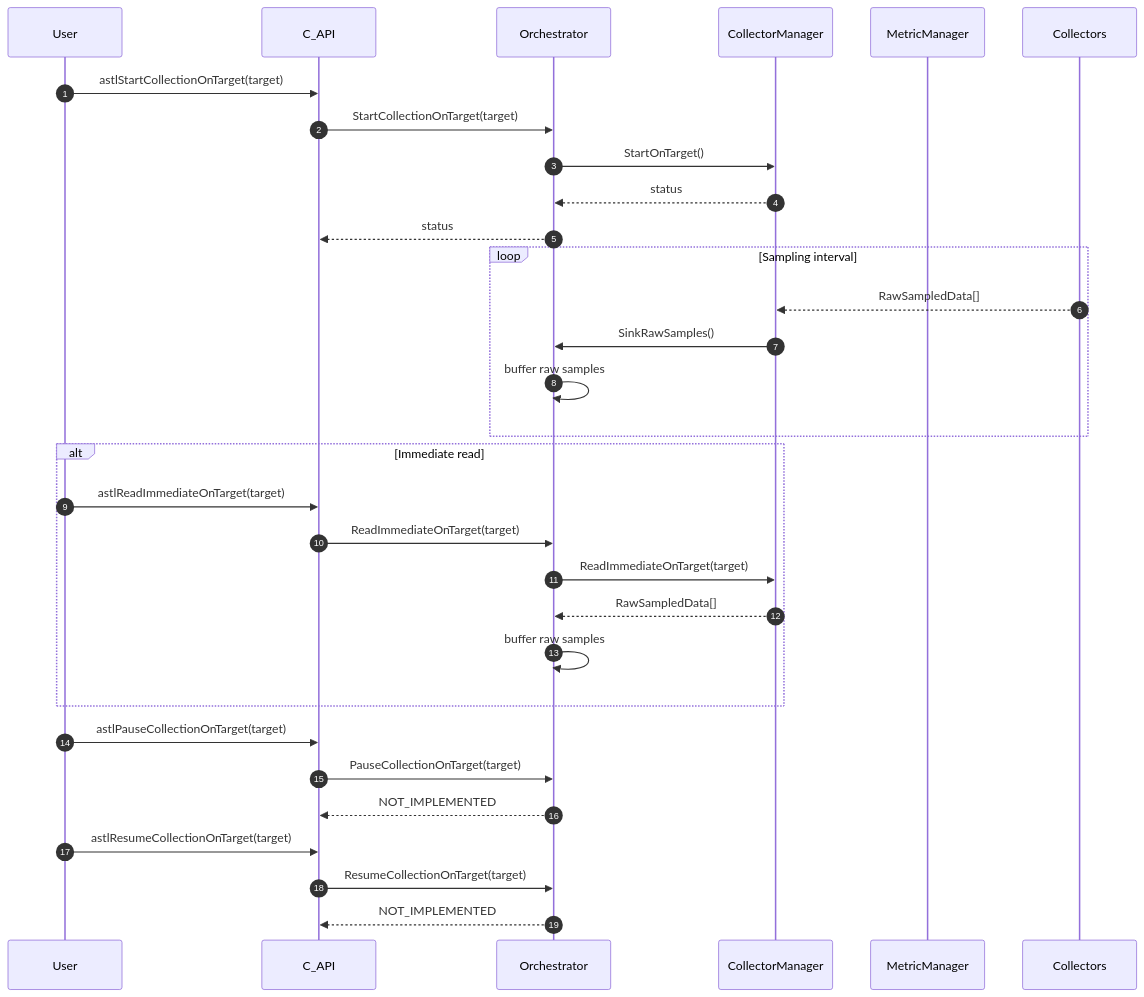
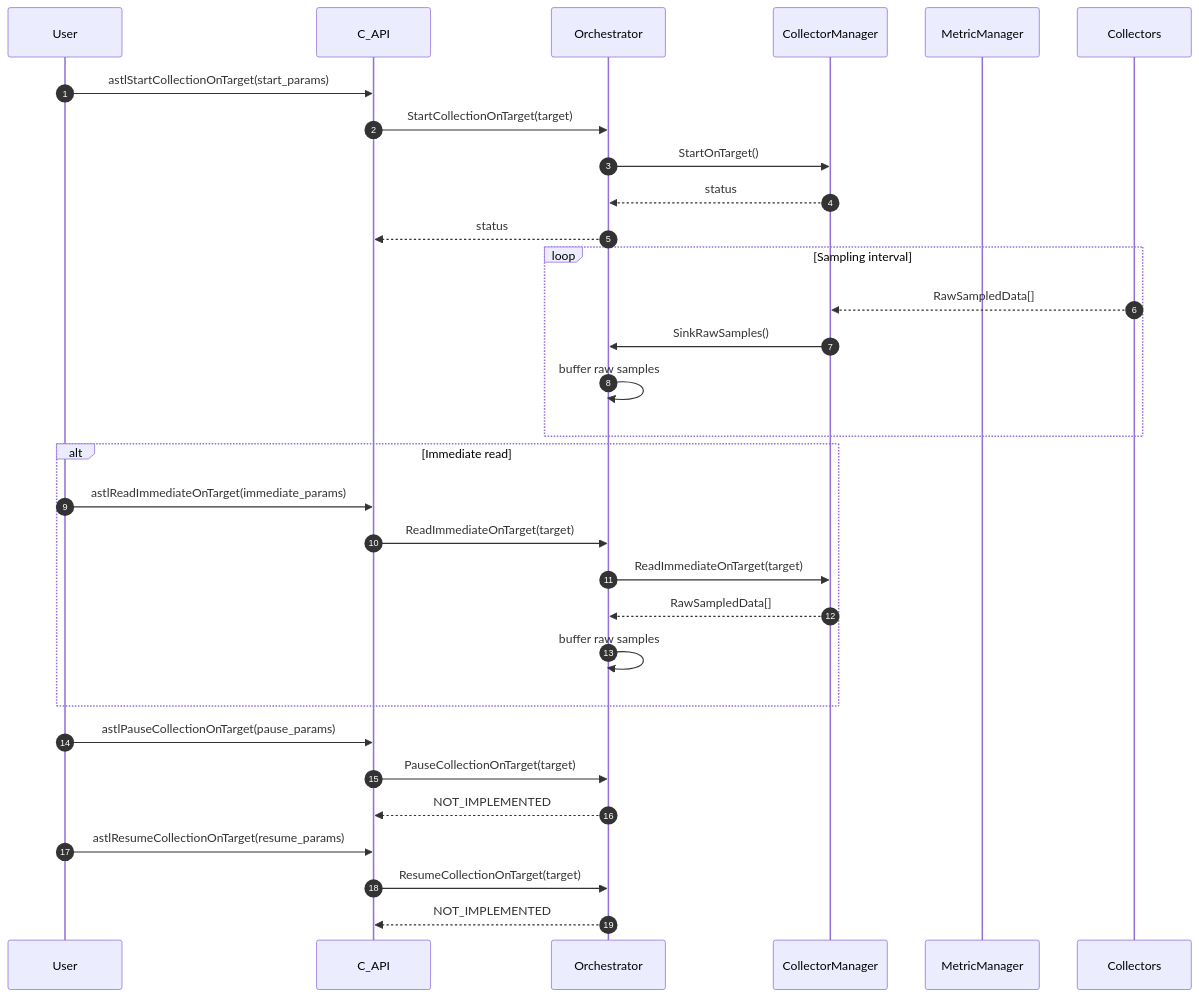
Before and after one commit to arm/ASTL: the diagram in doc/design/system_phase_collection.mmd, drawn with Mermaid. The commit also changed 94 other files, not shown here.

First line of the commit message:
[ASTL-339] Use one parameter struct per function in astl_telemetry.h c-api interface (#381)

```diff
--- a/doc/design/system_phase_collection.mmd
+++ b/doc/design/system_phase_collection.mmd
@@ -1,42 +1,42 @@
 %% SPDX-FileCopyrightText: 2026 Arm Limited and/or its affiliates <open-source-office@arm.com>
 %%
 %% SPDX-License-Identifier: Apache-2.0
 
 %% System Phase: Interval Collection & Immediate Read
 %% Focus: start, sampling loop, immediate read, pause/resume stubs
 sequenceDiagram
     autonumber
     participant User
     participant API as C_API
     participant Orchestrator
     participant CollectorManager as CollectorManager
     participant MetricManager as MetricManager
     participant Collectors
 
-    User->>API: astlStartCollectionOnTarget(target)
+    User->>API: astlStartCollectionOnTarget(start_params)
     API->>Orchestrator: StartCollectionOnTarget(target)
     Orchestrator->>CollectorManager: StartOnTarget()
     CollectorManager-->>Orchestrator: status
     Orchestrator-->>API: status
 
     loop Sampling interval
     Collectors-->>CollectorManager: RawSampledData[]
     CollectorManager->>Orchestrator: SinkRawSamples()
         Orchestrator->>Orchestrator: buffer raw samples
     end
 
     alt Immediate read
-        User->>API: astlReadImmediateOnTarget(target)
+        User->>API: astlReadImmediateOnTarget(immediate_params)
         API->>Orchestrator: ReadImmediateOnTarget(target)
     Orchestrator->>CollectorManager: ReadImmediateOnTarget(target)
     CollectorManager-->>Orchestrator: RawSampledData[]
         Orchestrator->>Orchestrator: buffer raw samples
     end
 
-    User->>API: astlPauseCollectionOnTarget(target)
+    User->>API: astlPauseCollectionOnTarget(pause_params)
     API->>Orchestrator: PauseCollectionOnTarget(target)
     Orchestrator-->>API: NOT_IMPLEMENTED
 
-    User->>API: astlResumeCollectionOnTarget(target)
+    User->>API: astlResumeCollectionOnTarget(resume_params)
     API->>Orchestrator: ResumeCollectionOnTarget(target)
     Orchestrator-->>API: NOT_IMPLEMENTED
```
